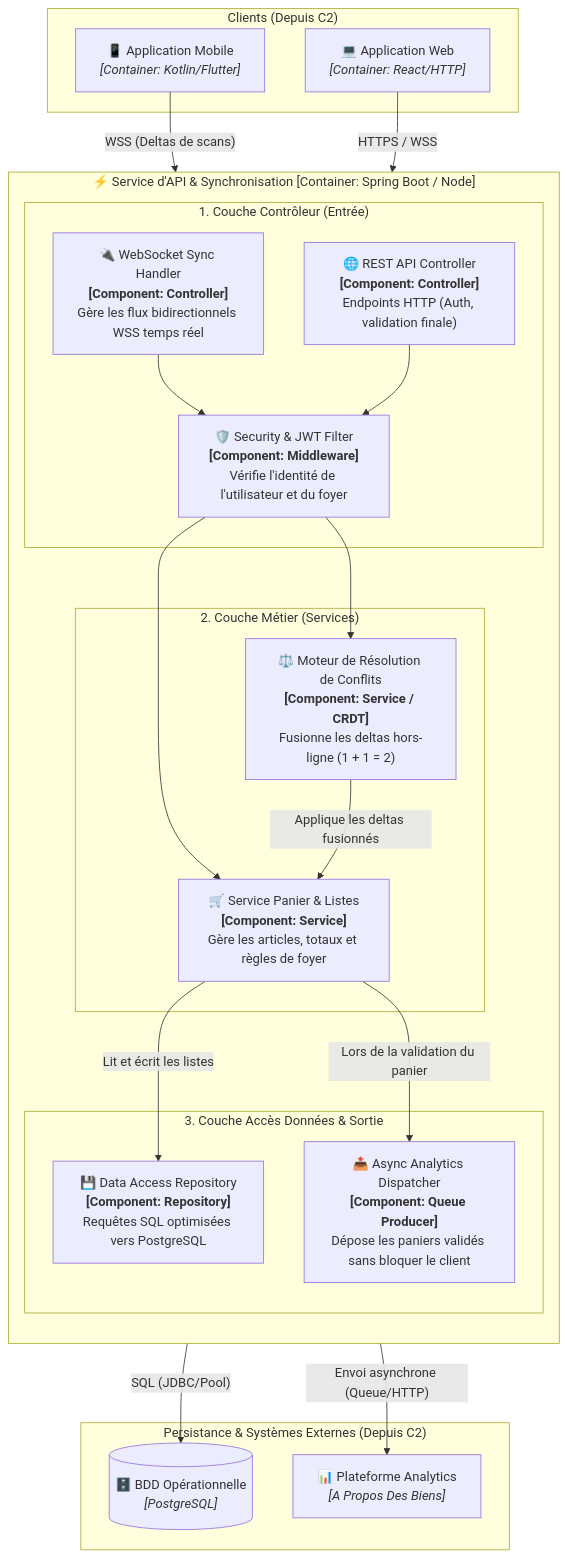
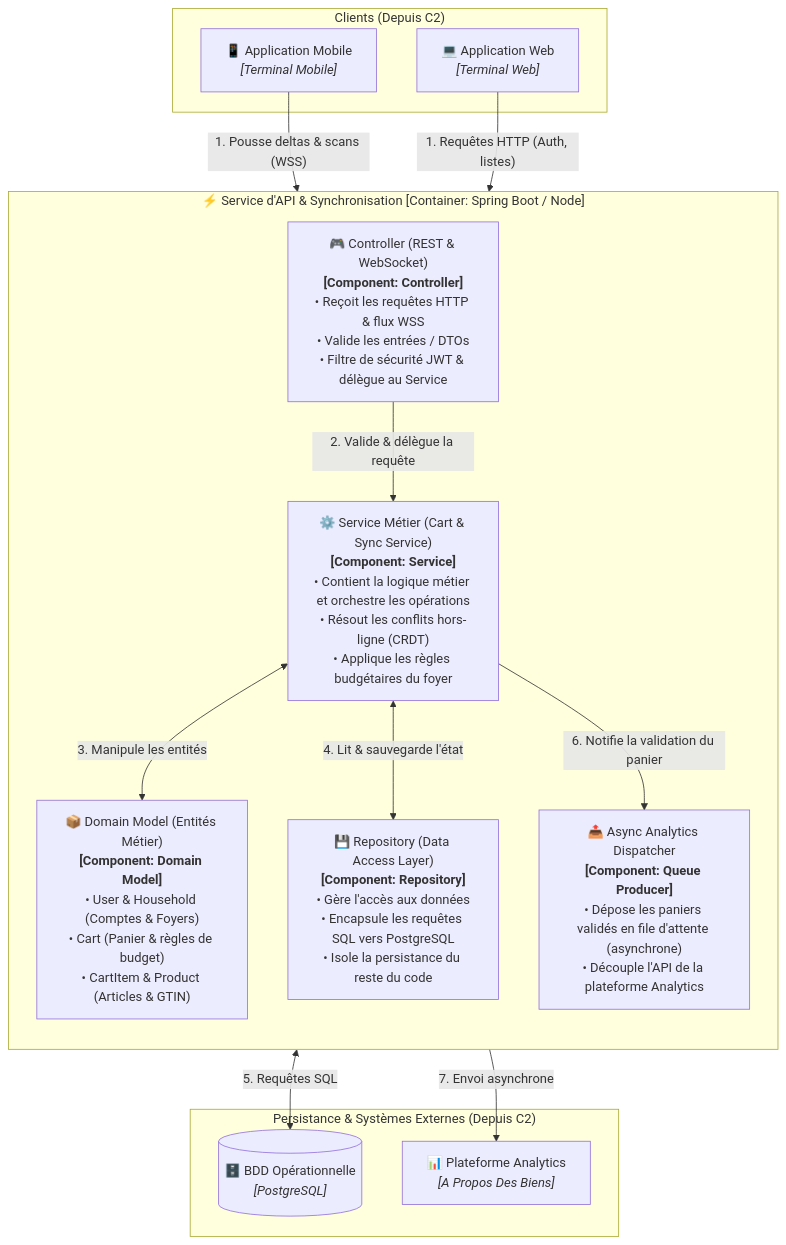
The fifth of 6 diagrams in docs/schemas_c1_a_c4.md (Edsaje/kestachet), drawn with Mermaid before and after one commit. The commit also changed other lines of this file and 1 other file, not shown here.

Commit message:
docs: intégration des 4 composants clés (Controller, Service, Repository, Domain Model) dans le C3

````diff
--- a/docs/schemas_c1_a_c4.md
+++ b/docs/schemas_c1_a_c4.md
@@ -264,53 +270,41 @@
 ```mermaid
 flowchart TB
     %% Liens entrants depuis le C2
     subgraph CLIENTS ["Clients (Depuis C2)"]
-        APP_IN["📱 Application Mobile<br><i>[Container: Kotlin/Flutter]</i>"]
-        WEB_IN["💻 Application Web<br><i>[Container: React/HTTP]</i>"]
+        APP_IN["📱 Application Mobile<br><i>[Terminal Mobile]</i>"]
+        WEB_IN["💻 Application Web<br><i>[Terminal Web]</i>"]
     end
 
     %% ZOOM C3 SUR LE SERVICE D'API
     subgraph API_CONTAINER ["⚡ Service d'API & Synchronisation [Container: Spring Boot / Node]"]
         direction TB
 
-        subgraph ENTREE ["1. Couche Contrôleur (Entrée)"]
-            WS_CTRL["🔌 WebSocket Sync Handler<br><b>[Component: Controller]</b><br>Gère les flux bidirectionnels WSS temps réel"]
-            REST_CTRL["🌐 REST API Controller<br><b>[Component: Controller]</b><br>Endpoints HTTP (Auth, validation finale)"]
-            AUTH_GUARD["🛡️ Security & JWT Filter<br><b>[Component: Middleware]</b><br>Vérifie l'identité de l'utilisateur et du foyer"]
-        end
+        CONTROLLER["🎮 Controller (REST & WebSocket)<br><b>[Component: Controller]</b><br>• Reçoit les requêtes HTTP & flux WSS<br>• Valide les entrées / DTOs<br>• Filtre de sécurité JWT & délègue au Service"]
 
-        subgraph METIER ["2. Couche Métier (Services)"]
-            SYNC_ENGINE["⚖️ Moteur de Résolution de Conflits<br><b>[Component: Service / CRDT]</b><br>Fusionne les deltas hors-ligne (1 + 1 = 2)"]
-            CART_SERVICE["🛒 Service Panier & Listes<br><b>[Component: Service]</b><br>Gère les articles, totaux et règles de foyer"]
-        end
+        SERVICE["⚙️ Service Métier (Cart & Sync Service)<br><b>[Component: Service]</b><br>• Contient la logique métier et orchestre les opérations<br>• Résout les conflits hors-ligne (CRDT)<br>• Applique les règles budgétaires du foyer"]
 
-        subgraph SORTIE ["3. Couche Accès Données & Sortie"]
-            DATA_REPO["💾 Data Access Repository<br><b>[Component: Repository]</b><br>Requêtes SQL optimisées vers PostgreSQL"]
-            ASYNC_DISPATCHER["📤 Async Analytics Dispatcher<br><b>[Component: Queue Producer]</b><br>Dépose les paniers validés sans bloquer le client"]
-        end
+        REPOSITORY["💾 Repository (Data Access Layer)<br><b>[Component: Repository]</b><br>• Gère l'accès aux données<br>• Encapsule les requêtes SQL vers PostgreSQL<br>• Isole la persistance du reste du code"]
+
+        DOMAIN["📦 Domain Model (Entités Métier)<br><b>[Component: Domain Model]</b><br>• User & Household (Comptes & Foyers)<br>• Cart (Panier & règles de budget)<br>• CartItem & Product (Articles & GTIN)"]
+
+        ASYNC_DISPATCHER["📤 Async Analytics Dispatcher<br><b>[Component: Queue Producer]</b><br>• Dépose les paniers validés en file d'attente (asynchrone)<br>• Découple l'API de la plateforme Analytics"]
     end
 
     %% Cibles sortantes vers C2
     subgraph SORTIES_C2 ["Persistance & Systèmes Externes (Depuis C2)"]
         DB_OUT[("🗄️ BDD Opérationnelle<br><i>[PostgreSQL]</i>")]
         DATA_OUT["📊 Plateforme Analytics<br><i>[A Propos Des Biens]</i>"]
     end
 
     %% Flux internes
-    APP_IN -->|"WSS (Deltas de scans)"| WS_CTRL
-    WEB_IN -->|"HTTPS / WSS"| REST_CTRL
+    APP_IN -->|"1. Pousse deltas & scans (WSS)"| CONTROLLER
+    WEB_IN -->|"1. Requêtes HTTP (Auth, listes)"| CONTROLLER
 
-    WS_CTRL --> AUTH_GUARD
-    REST_CTRL --> AUTH_GUARD
+    CONTROLLER -->|"2. Valide & délègue la requête"| SERVICE
+    SERVICE <-->|"3. Manipule les entités"| DOMAIN
+    SERVICE <-->|"4. Lit & sauvegarde l'état"| REPOSITORY
+    REPOSITORY <-->|"5. Requêtes SQL"| DB_OUT
 
-    AUTH_GUARD --> SYNC_ENGINE
-    AUTH_GUARD --> CART_SERVICE
-
-    SYNC_ENGINE -->|"Applique les deltas fusionnés"| CART_SERVICE
-
-    CART_SERVICE -->|"Lit et écrit les listes"| DATA_REPO
-    CART_SERVICE -->|"Lors de la validation du panier"| ASYNC_DISPATCHER
-
-    DATA_REPO -->|"SQL (JDBC/Pool)"| DB_OUT
-    ASYNC_DISPATCHER -->|"Envoi asynchrone (Queue/HTTP)"| DATA_OUT
+    SERVICE -->|"6. Notifie la validation du panier"| ASYNC_DISPATCHER
+    ASYNC_DISPATCHER -->|"7. Envoi asynchrone"| DATA_OUT
 ```
````
